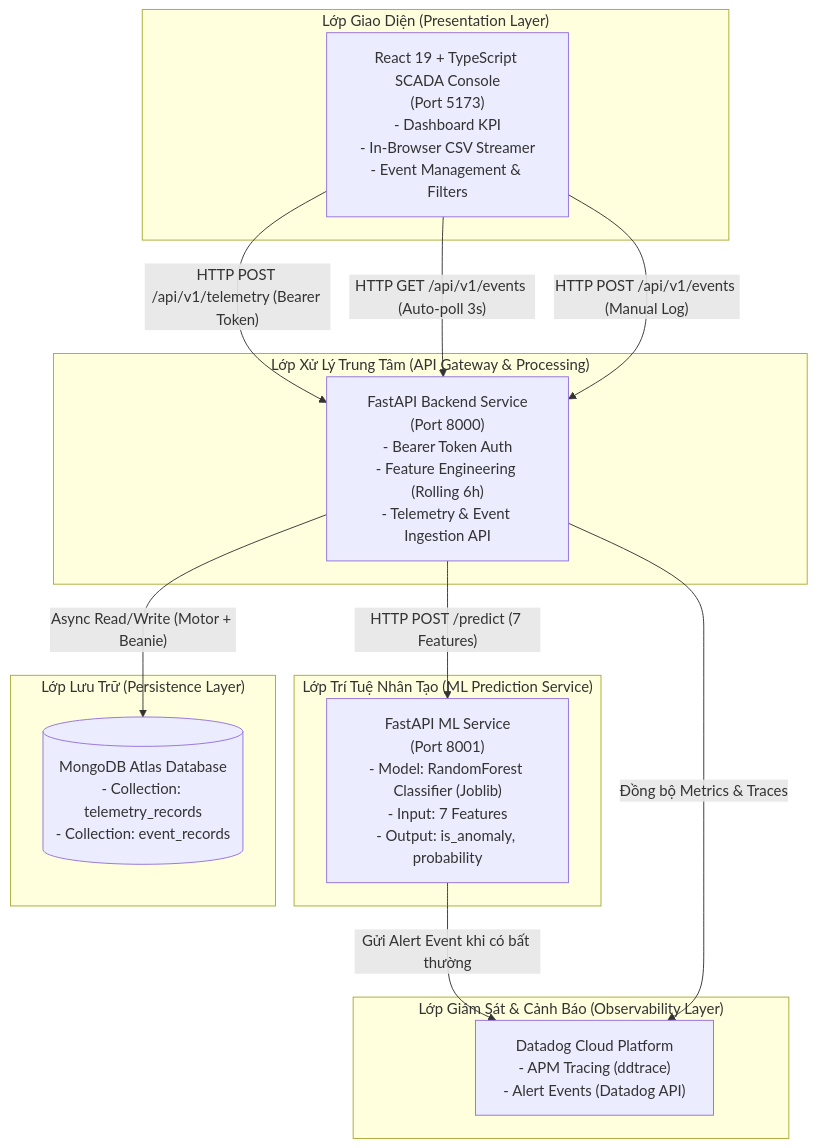
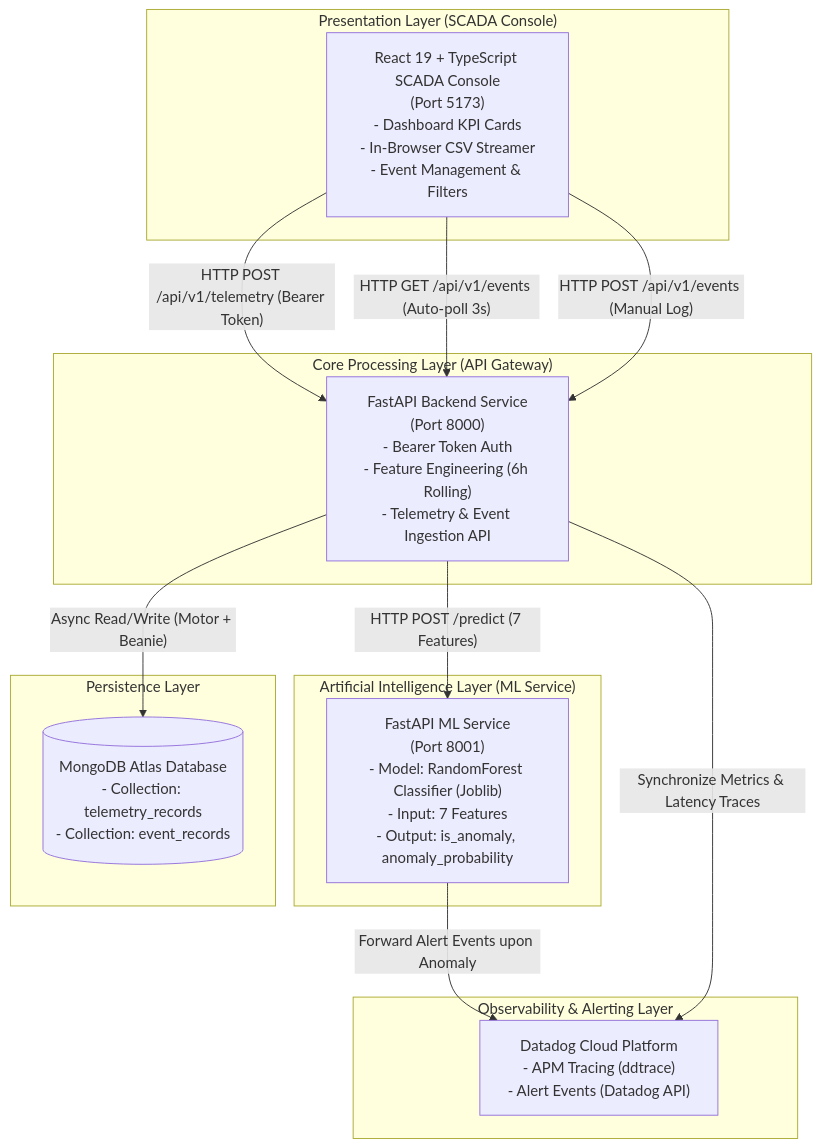
One commit to ddhoang2440/WindFarm changed the first of 3 diagrams in docs/architecture.md. Above: the diagram before and after it, drawn with Mermaid. The commit also changed other lines of this file and 22 other files, not shown here.

````diff
--- a/docs/architecture.md
+++ b/docs/architecture.md
@@ -11,31 +11,31 @@
 ```mermaid
 flowchart TD
-    subgraph Client["Lớp Giao Diện (Presentation Layer)"]
-        UI["React 19 + TypeScript SCADA Console\n(Port 5173)\n- Dashboard KPI\n- In-Browser CSV Streamer\n- Event Management & Filters"]
+    subgraph Client["Presentation Layer (SCADA Console)"]
+        UI["React 19 + TypeScript SCADA Console\n(Port 5173)\n- Dashboard KPI Cards\n- In-Browser CSV Streamer\n- Event Management & Filters"]
     end
 
-    subgraph Gateway["Lớp Xử Lý Trung Tâm (API Gateway & Processing)"]
-        BE["FastAPI Backend Service\n(Port 8000)\n- Bearer Token Auth\n- Feature Engineering (Rolling 6h)\n- Telemetry & Event Ingestion API"]
+    subgraph Gateway["Core Processing Layer (API Gateway)"]
+        BE["FastAPI Backend Service\n(Port 8000)\n- Bearer Token Auth\n- Feature Engineering (6h Rolling)\n- Telemetry & Event Ingestion API"]
     end
 
-    subgraph MLService["Lớp Trí Tuệ Nhân Tạo (ML Prediction Service)"]
-        ML["FastAPI ML Service\n(Port 8001)\n- Model: RandomForest Classifier (Joblib)\n- Input: 7 Features\n- Output: is_anomaly, probability"]
+    subgraph MLService["Artificial Intelligence Layer (ML Service)"]
+        ML["FastAPI ML Service\n(Port 8001)\n- Model: RandomForest Classifier (Joblib)\n- Input: 7 Features\n- Output: is_anomaly, anomaly_probability"]
     end
 
-    subgraph DataStore["Lớp Lưu Trữ (Persistence Layer)"]
+    subgraph DataStore["Persistence Layer"]
         DB[("MongoDB Atlas Database\n- Collection: telemetry_records\n- Collection: event_records")]
     end
 
-    subgraph APM["Lớp Giám Sát & Cảnh Báo (Observability Layer)"]
+    subgraph APM["Observability & Alerting Layer"]
         DD["Datadog Cloud Platform\n- APM Tracing (ddtrace)\n- Alert Events (Datadog API)"]
     end
 
     UI -->|"HTTP POST /api/v1/telemetry (Bearer Token)"| BE
     UI -->|"HTTP GET /api/v1/events (Auto-poll 3s)"| BE
     UI -->|"HTTP POST /api/v1/events (Manual Log)"| BE
 
     BE -->|"HTTP POST /predict (7 Features)"| ML
     BE -->|"Async Read/Write (Motor + Beanie)"| DB
-    ML -->|"Gửi Alert Event khi có bất thường"| DD
-    BE -->|"Đồng bộ Metrics & Traces"| DD
+    ML -->|"Forward Alert Events upon Anomaly"| DD
+    BE -->|"Synchronize Metrics & Latency Traces"| DD
 ```
````
